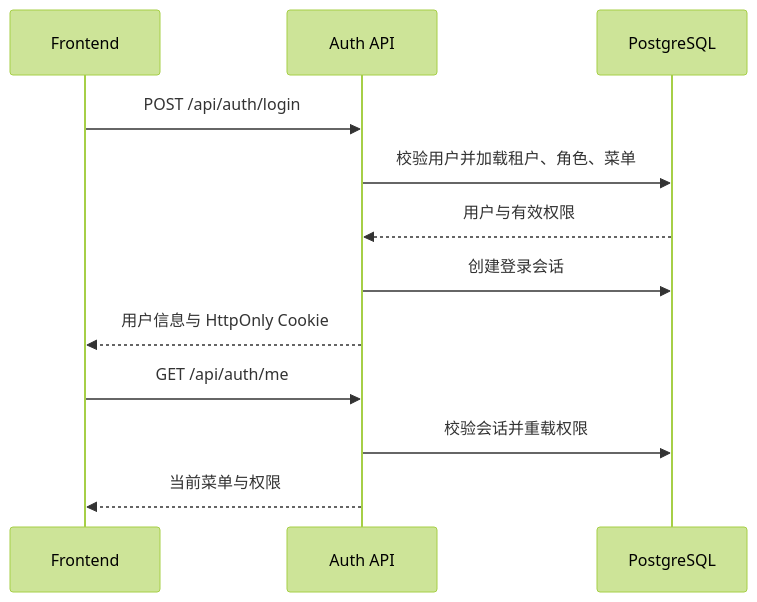
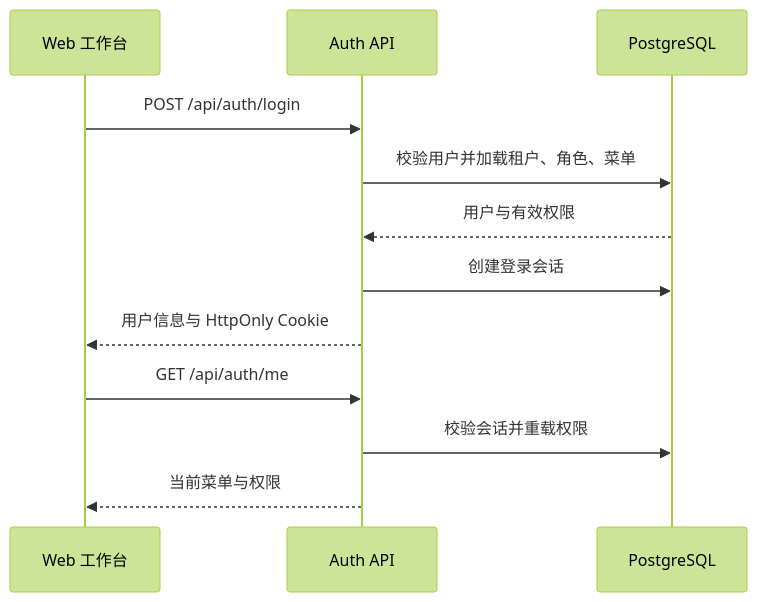
The second of 2 diagrams in agent-doc/架构设计/账号认证与权限体系.md (Logistic98/job-buddy), drawn with Mermaid (forest theme) before and after one commit. The commit also changed other lines of this file and 32 other files, not shown here.

````diff
--- a/agent-doc/架构设计/账号认证与权限体系.md
+++ b/agent-doc/架构设计/账号认证与权限体系.md
@@ -69,15 +51,15 @@
 ```mermaid
 sequenceDiagram
-    participant FE as Frontend
+    participant FE as Web 工作台
     participant AU as Auth API
     participant DB as PostgreSQL
 
     FE->>AU: POST /api/auth/login
     AU->>DB: 校验用户并加载租户、角色、菜单
     DB-->>AU: 用户与有效权限
     AU->>DB: 创建登录会话
     AU-->>FE: 用户信息与 HttpOnly Cookie
     FE->>AU: GET /api/auth/me
     AU->>DB: 校验会话并重载权限
     AU-->>FE: 当前菜单与权限
 ```
````
